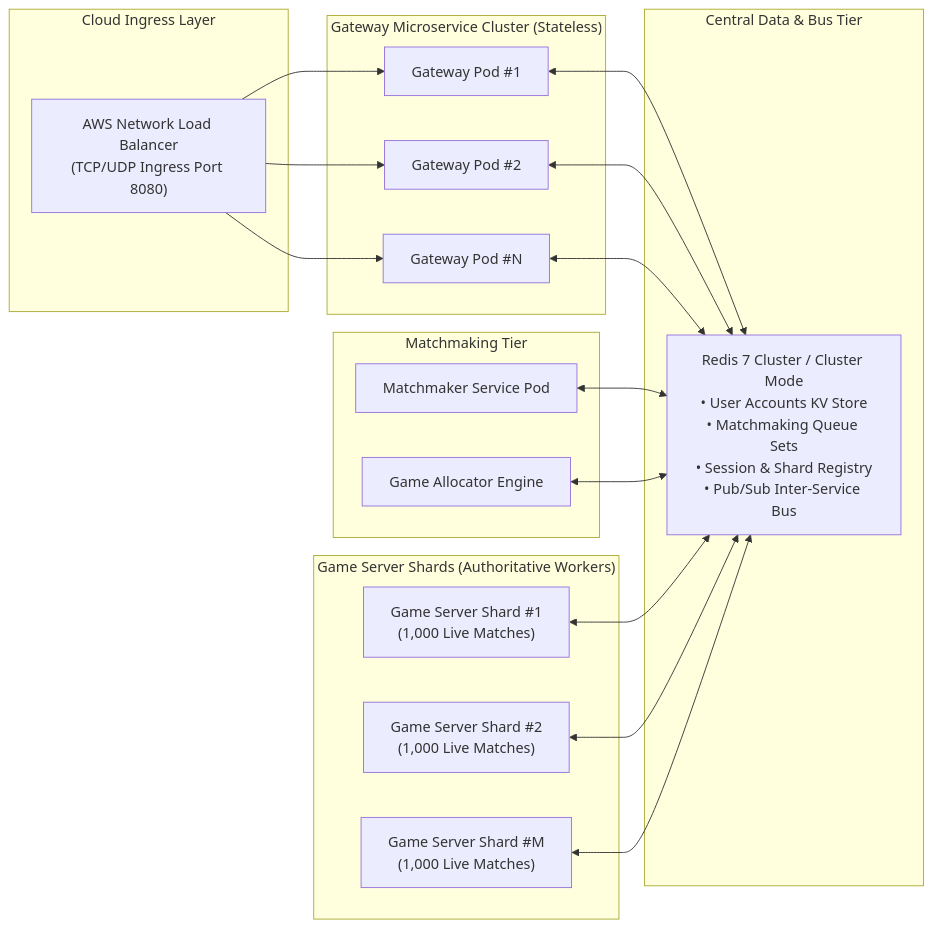
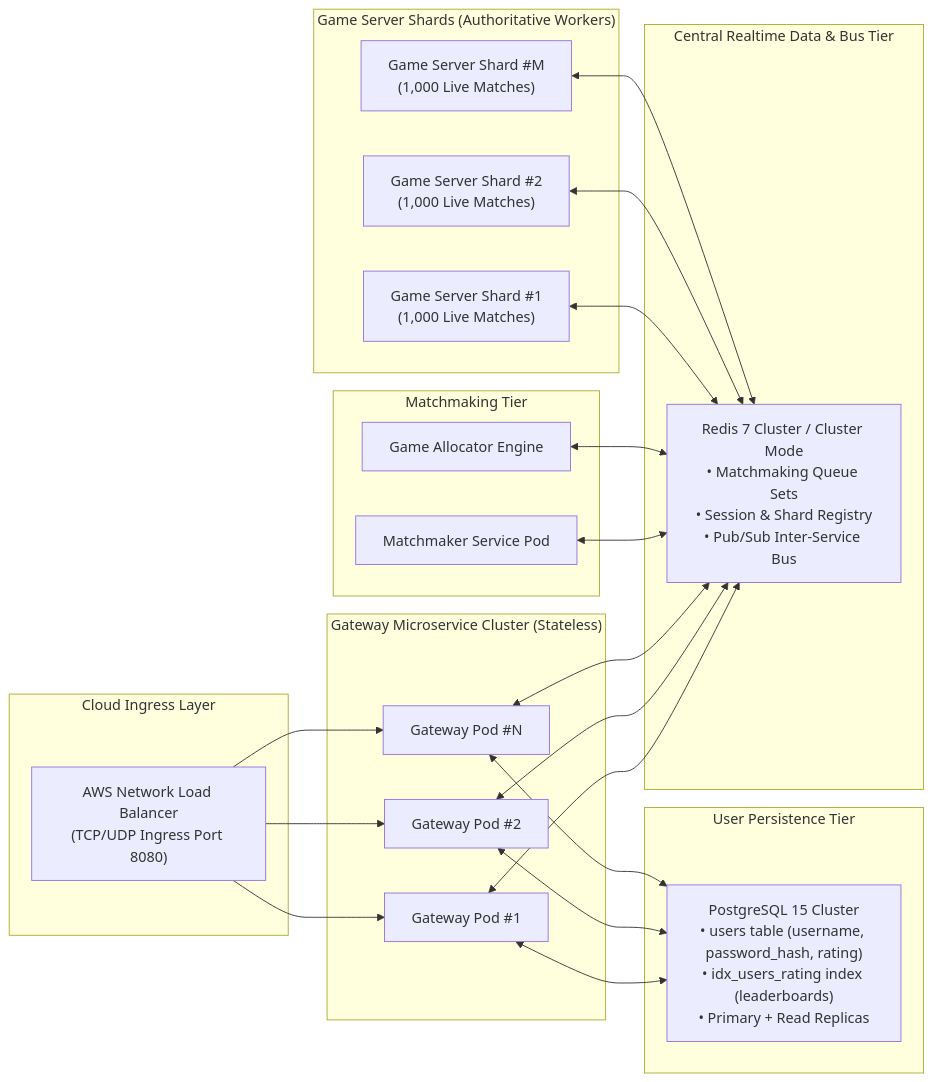
The first of 3 diagrams in docs/CLOUD_SYSTEM_DESIGN.md (Naama00/kung-fu-chess), drawn with Mermaid before and after one commit. The commit also changed other lines of this file and 12 other files, not shown here.

First line of the commit message:
feat(persistence): replace RedisUserRepository with PostgreSQL (libpqxx)

````diff
--- a/docs/CLOUD_SYSTEM_DESIGN.md
+++ b/docs/CLOUD_SYSTEM_DESIGN.md
@@ -25,42 +26,50 @@
 ```mermaid
 flowchart LR
     subgraph INGRESS_LAYER["Cloud Ingress Layer"]
         NLB["AWS Network Load Balancer<br/>(TCP/UDP Ingress Port 8080)"]
     end
 
     subgraph GATEWAY_TIER["Gateway Microservice Cluster (Stateless)"]
         GW1["Gateway Pod #1"]
         GW2["Gateway Pod #2"]
         GWN["Gateway Pod #N"]
     end
 
-    subgraph MESSAGING_DATA["Central Data & Bus Tier"]
-        REDIS_CLUSTER["Redis 7 Cluster / Cluster Mode<br/>• User Accounts KV Store<br/>• Matchmaking Queue Sets<br/>• Session & Shard Registry<br/>• Pub/Sub Inter-Service Bus"]
+    subgraph PERSISTENCE_TIER["User Persistence Tier"]
+        PG_CLUSTER["PostgreSQL 15 Cluster<br/>• users table (username, password_hash, rating)<br/>• idx_users_rating index (leaderboards)<br/>• Primary + Read Replicas"]
+    end
+
+    subgraph MESSAGING_DATA["Central Realtime Data & Bus Tier"]
+        REDIS_CLUSTER["Redis 7 Cluster / Cluster Mode<br/>• Matchmaking Queue Sets<br/>• Session & Shard Registry<br/>• Pub/Sub Inter-Service Bus"]
     end
 
     subgraph CONTROL_TIER["Matchmaking Tier"]
         MM1["Matchmaker Service Pod"]
         ALLOC1["Game Allocator Engine"]
     end
 
     subgraph EXECUTION_TIER["Game Server Shards (Authoritative Workers)"]
         SHARD1["Game Server Shard #1<br/>(1,000 Live Matches)"]
         SHARD2["Game Server Shard #2<br/>(1,000 Live Matches)"]
         SHARDM["Game Server Shard #M<br/>(1,000 Live Matches)"]
     end
 
     NLB --> GW1
     NLB --> GW2
     NLB --> GWN
 
+    GW1 <--> PG_CLUSTER
+    GW2 <--> PG_CLUSTER
+    GWN <--> PG_CLUSTER
+
     GW1 <--> REDIS_CLUSTER
     GW2 <--> REDIS_CLUSTER
     GWN <--> REDIS_CLUSTER
 
     MM1 <--> REDIS_CLUSTER
     ALLOC1 <--> REDIS_CLUSTER
 
     SHARD1 <--> REDIS_CLUSTER
     SHARD2 <--> REDIS_CLUSTER
     SHARDM <--> REDIS_CLUSTER
 ```
````
